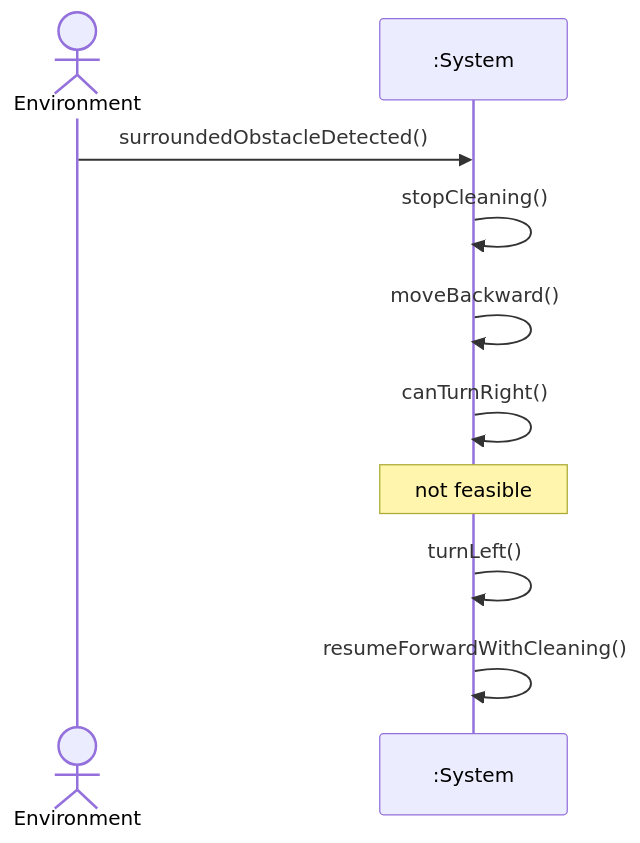
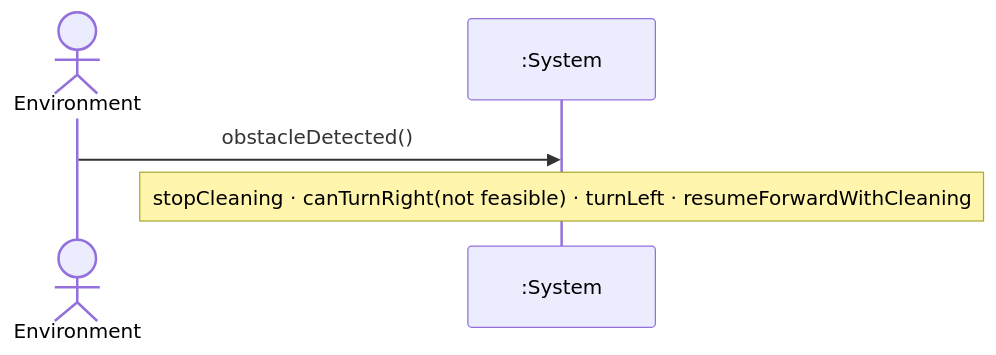
The third of 4 diagrams in docs/OOA/UseCases/UC-003.md (yul2yak/rvc_control_ooad), drawn with Mermaid before and after one commit. The commit also changed other lines of this file and 9 other files, not shown here.

Commit message:
Use Case Diagram 추가, 스킬 추가

````diff
--- a/docs/OOA/UseCases/UC-003.md
+++ b/docs/OOA/UseCases/UC-003.md
@@ -109,12 +106,7 @@
 ```mermaid
 sequenceDiagram
 actor E as Environment
 participant S as :System
-E->>S: surroundedObstacleDetected()
-S->>S: stopCleaning()
-S->>S: moveBackward()
-S->>S: canTurnRight()
-Note over S: not feasible
-S->>S: turnLeft()
-S->>S: resumeForwardWithCleaning()
+E->>S: obstacleDetected()
+Note over S: stopCleaning · canTurnRight(not feasible) · turnLeft · resumeForwardWithCleaning
 ```
````
